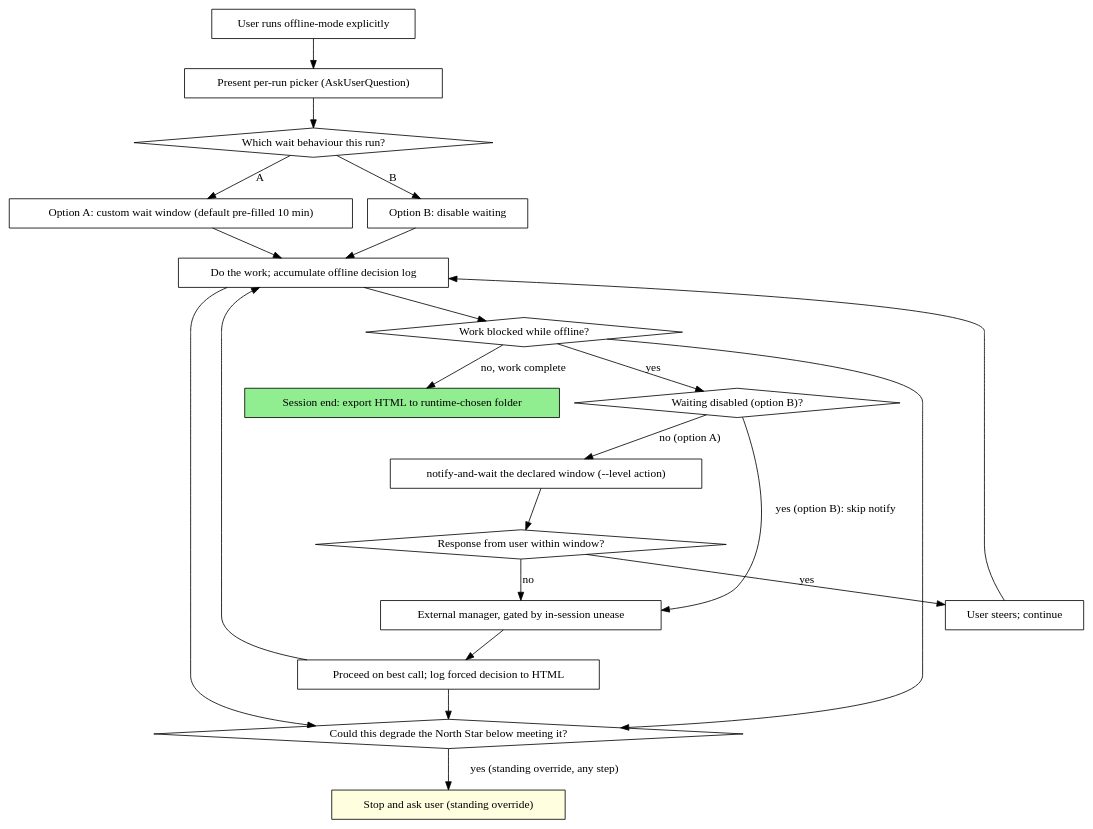
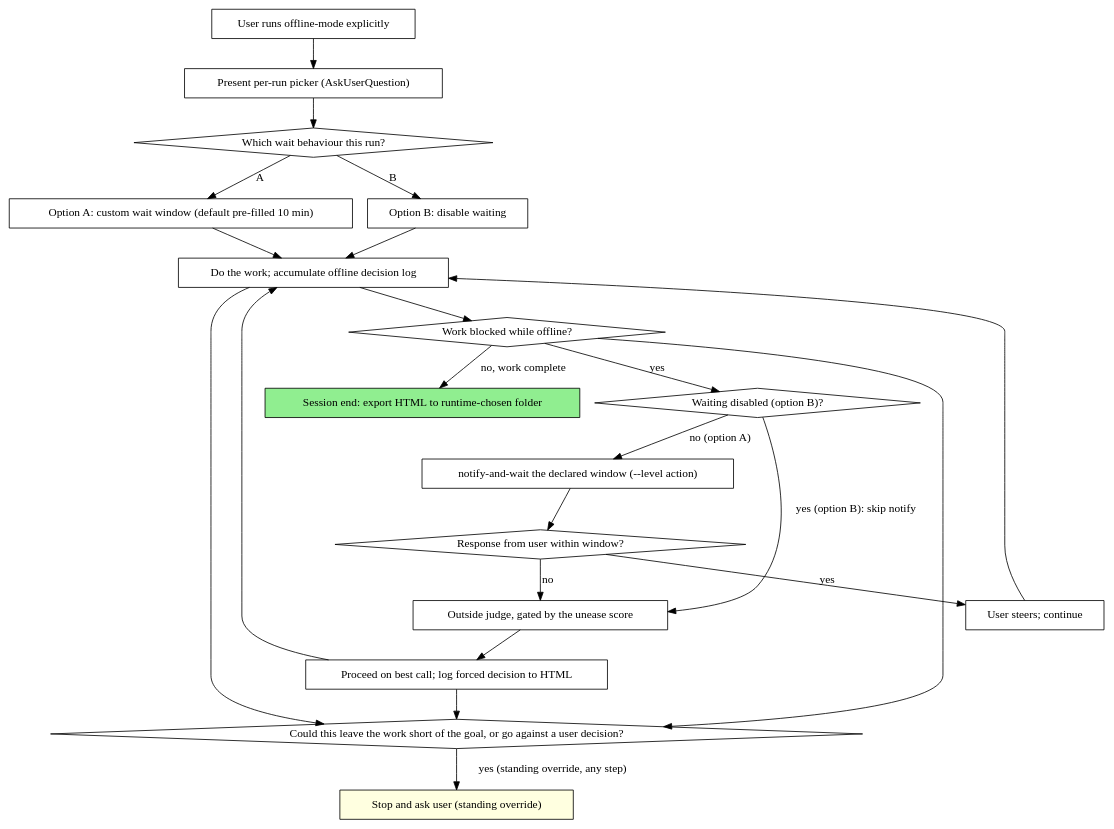
The diagram in skills/offline-mode/SKILL.md (lujstn/playbook), drawn with Graphviz before and after one commit. The commit also changed other lines of this file and 103 other files, not shown here.

First line of the commit message:
Playbook 3.0.0: you pick the goal and mode, your decisions win, unease is scored from evidence (#19)

````diff
--- a/skills/offline-mode/SKILL.md
+++ b/skills/offline-mode/SKILL.md
@@ -153,44 +164,44 @@
 ```dot
 digraph offline_mode {
     rankdir=TB;
     "User runs offline-mode explicitly" [shape=box];
     "Present per-run picker (AskUserQuestion)" [shape=box];
     "Which wait behaviour this run?" [shape=diamond];
     "Option A: custom wait window (default pre-filled 10 min)" [shape=box];
     "Option B: disable waiting" [shape=box];
     "Do the work; accumulate offline decision log" [shape=box];
     "Work blocked while offline?" [shape=diamond];
     "notify-and-wait the declared window (--level action)" [shape=box];
     "Waiting disabled (option B)?" [shape=diamond];
     "Response from user within window?" [shape=diamond];
-    "External manager, gated by in-session unease" [shape=box];
+    "Outside judge, gated by the unease score" [shape=box];
     "Proceed on best call; log forced decision to HTML" [shape=box];
     "User steers; continue" [shape=box];
-    "Could this degrade the North Star below meeting it?" [shape=diamond];
+    "Could this leave the work short of the goal, or go against a user decision?" [shape=diamond];
     "Stop and ask user (standing override)" [shape=box style=filled fillcolor=lightyellow];
     "Session end: export HTML to runtime-chosen folder" [shape=box style=filled fillcolor=lightgreen];
 
     "User runs offline-mode explicitly" -> "Present per-run picker (AskUserQuestion)";
     "Present per-run picker (AskUserQuestion)" -> "Which wait behaviour this run?";
     "Which wait behaviour this run?" -> "Option A: custom wait window (default pre-filled 10 min)" [label="A"];
     "Which wait behaviour this run?" -> "Option B: disable waiting" [label="B"];
     "Option A: custom wait window (default pre-filled 10 min)" -> "Do the work; accumulate offline decision log";
     "Option B: disable waiting" -> "Do the work; accumulate offline decision log";
     "Do the work; accumulate offline decision log" -> "Work blocked while offline?";
     "Work blocked while offline?" -> "Waiting disabled (option B)?" [label="yes"];
     "Work blocked while offline?" -> "Session end: export HTML to runtime-chosen folder" [label="no, work complete"];
     "Waiting disabled (option B)?" -> "notify-and-wait the declared window (--level action)" [label="no (option A)"];
-    "Waiting disabled (option B)?" -> "External manager, gated by in-session unease" [label="yes (option B): skip notify"];
+    "Waiting disabled (option B)?" -> "Outside judge, gated by the unease score" [label="yes (option B): skip notify"];
     "notify-and-wait the declared window (--level action)" -> "Response from user within window?";
     "Response from user within window?" -> "User steers; continue" [label="yes"];
-    "Response from user within window?" -> "External manager, gated by in-session unease" [label="no"];
-    "External manager, gated by in-session unease" -> "Proceed on best call; log forced decision to HTML";
+    "Response from user within window?" -> "Outside judge, gated by the unease score" [label="no"];
+    "Outside judge, gated by the unease score" -> "Proceed on best call; log forced decision to HTML";
     "User steers; continue" -> "Do the work; accumulate offline decision log";
     "Proceed on best call; log forced decision to HTML" -> "Do the work; accumulate offline decision log";
 
-    "Do the work; accumulate offline decision log" -> "Could this degrade the North Star below meeting it?";
-    "Work blocked while offline?" -> "Could this degrade the North Star below meeting it?";
-    "Proceed on best call; log forced decision to HTML" -> "Could this degrade the North Star below meeting it?";
-    "Could this degrade the North Star below meeting it?" -> "Stop and ask user (standing override)" [label="yes (standing override, any step)"];
+    "Do the work; accumulate offline decision log" -> "Could this leave the work short of the goal, or go against a user decision?";
+    "Work blocked while offline?" -> "Could this leave the work short of the goal, or go against a user decision?";
+    "Proceed on best call; log forced decision to HTML" -> "Could this leave the work short of the goal, or go against a user decision?";
+    "Could this leave the work short of the goal, or go against a user decision?" -> "Stop and ask user (standing override)" [label="yes (standing override, any step)"];
 }
 ```
````
